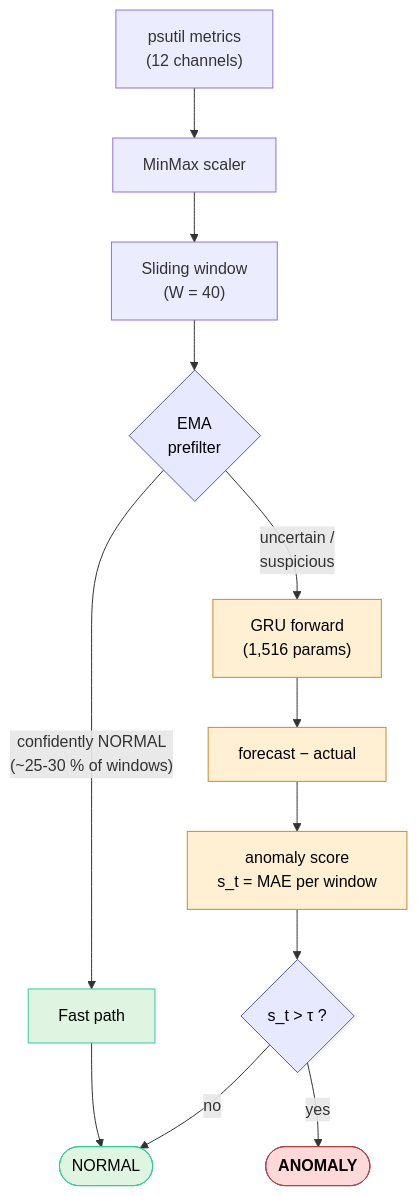
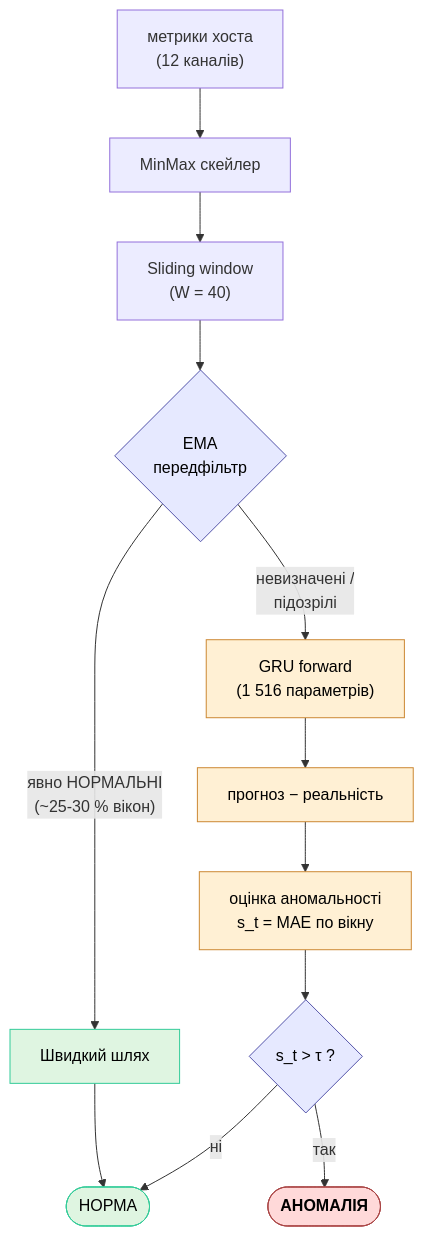
The diagram in docs/README.uk.md (1minEpowMinX/iot-edge-ai-anomaly-detector-public), drawn with Mermaid before and after one commit. The commit also changed other lines of this file and 1 other file, not shown here.

````diff
--- a/docs/README.uk.md
+++ b/docs/README.uk.md
@@ -73,27 +107,27 @@
 ```mermaid
 flowchart TB
-    M["psutil metrics<br>(12 channels)"] --> S["MinMax scaler"]
+    M["метрики хоста<br>(12 каналів)"] --> S["MinMax скейлер"]
     S --> W["Sliding window<br>(W = 40)"]
-    W --> P{"EMA<br>prefilter"}
-    P -- confidently NORMAL<br>(~25-30 % of windows) --> FAST["Fast path"]
-    P -- uncertain /<br>suspicious --> G["GRU forward<br>(1,516 params)"]
-    G --> R["forecast − actual"]
-    R --> SC["anomaly score<br>s_t = MAE per window"]
+    W --> P{"EMA<br>передфільтр"}
+    P -- явно НОРМАЛЬНІ<br>(~25-30 % вікон) --> FAST["Швидкий шлях"]
+    P -- невизначені /<br>підозрілі --> G["GRU forward<br>(1 516 параметрів)"]
+    G --> R["прогноз − реальність"]
+    R --> SC["оцінка аномальності<br>s_t = MAE по вікну"]
     SC --> T{"s_t &gt; τ ?"}
-    T -- no --> N(["NORMAL"])
-    T -- yes --> A(["ANOMALY"])
+    T -- ні --> N(["НОРМА"])
+    T -- так --> A(["АНОМАЛІЯ"])
     FAST --> N
      P:::decision
      FAST:::fast
      G:::gru
      R:::gru
      SC:::gru
      T:::decision
      A:::anomalyEnd
      N:::normalEnd
     classDef fast fill:#dff5e1,stroke:#3c9,color:#000
     classDef gru fill:#fff0d4,stroke:#c83,color:#000
     classDef decision fill:#e6e9ff,stroke:#55a,color:#000
     classDef anomalyEnd fill:#ffd9d9,stroke:#a44,color:#000,font-weight:bold
     classDef normalEnd fill:#dff5e1,stroke:#3c9,color:#000
 ```
````
